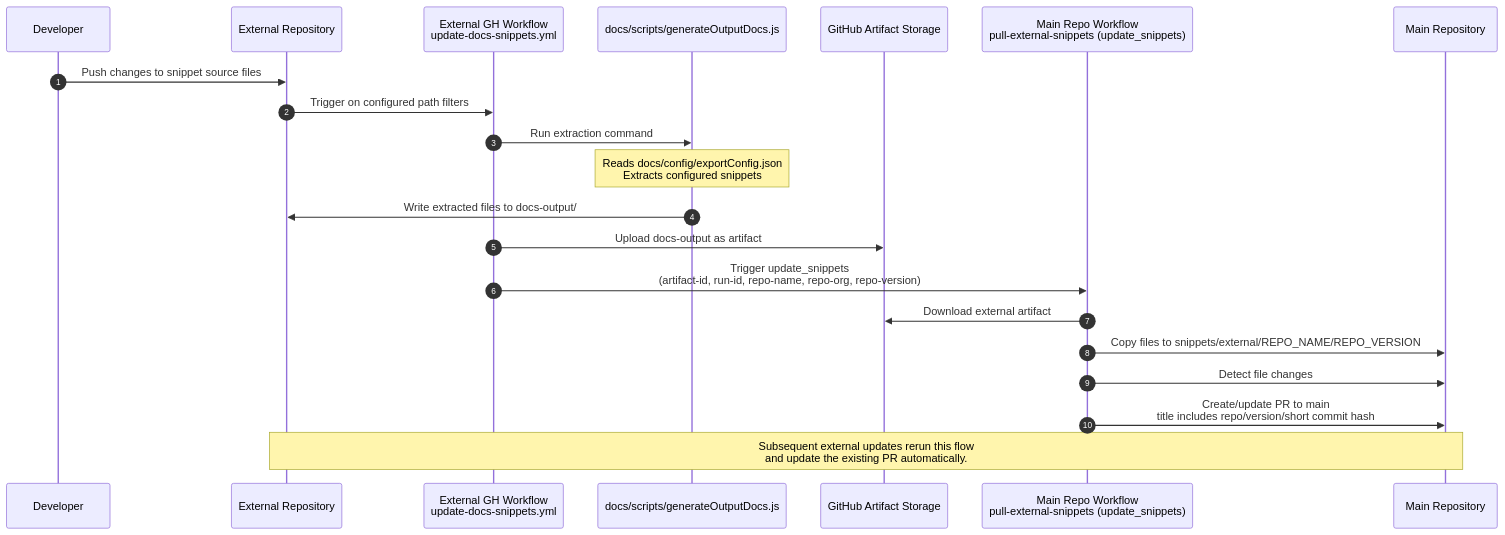
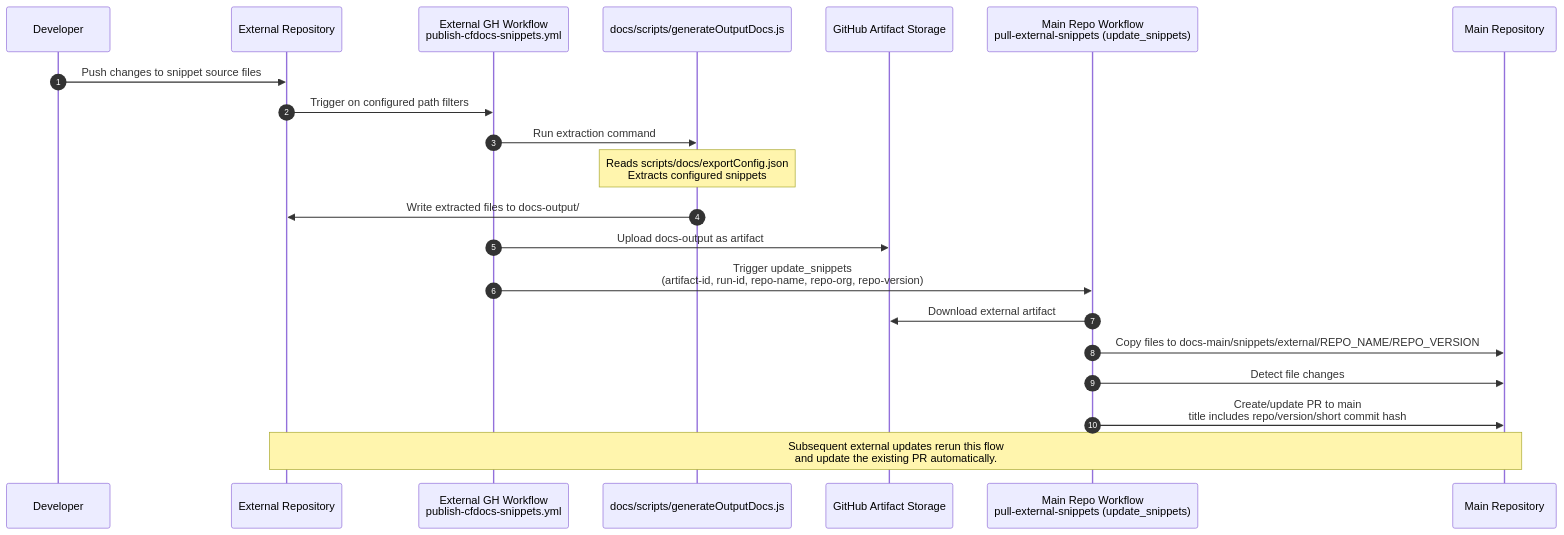
Before and after one commit to canton-network/cf-docs: the diagram in config/snippet-config/update-workflows.md, drawn with Mermaid. The commit also changed other lines of this file and 13 other files, not shown here.

Commit message:
setup baseline updates for canton snippet automation update workflow actions for snippet integration add documentation and update scripts for new snippet flow

````diff
--- a/config/snippet-config/update-workflows.md
+++ b/config/snippet-config/update-workflows.md
@@ -81,26 +83,26 @@
 ```mermaid
 sequenceDiagram
   autonumber
   participant Dev as Developer
   participant ExtRepo as External Repository
-  participant ExtWF as External GH Workflow<br/>update-docs-snippets.yml
+  participant ExtWF as External GH Workflow<br/>publish-cfdocs-snippets.yml
   participant ExtScript as docs/scripts/generateOutputDocs.js
   participant Artifact as GitHub Artifact Storage
   participant MainWF as Main Repo Workflow<br/>pull-external-snippets (update_snippets)
   participant MainRepo as Main Repository
 
   Dev->>ExtRepo: Push changes to snippet source files
   ExtRepo->>ExtWF: Trigger on configured path filters
   ExtWF->>ExtScript: Run extraction command
-  Note over ExtScript: Reads docs/config/exportConfig.json<br/>Extracts configured snippets
+  Note over ExtScript: Reads scripts/docs/exportConfig.json<br/>Extracts configured snippets
   ExtScript->>ExtRepo: Write extracted files to docs-output/
   ExtWF->>Artifact: Upload docs-output as artifact
 
   ExtWF->>MainWF: Trigger update_snippets<br/>(artifact-id, run-id, repo-name, repo-org, repo-version)
   MainWF->>Artifact: Download external artifact
-  MainWF->>MainRepo: Copy files to snippets/external/REPO_NAME/REPO_VERSION
+  MainWF->>MainRepo: Copy files to docs-main/snippets/external/REPO_NAME/REPO_VERSION
   MainWF->>MainRepo: Detect file changes
   MainWF->>MainRepo: Create/update PR to main<br/>title includes repo/version/short commit hash
 
   Note over ExtRepo,MainRepo: Subsequent external updates rerun this flow<br/>and update the existing PR automatically.
 ```
````
